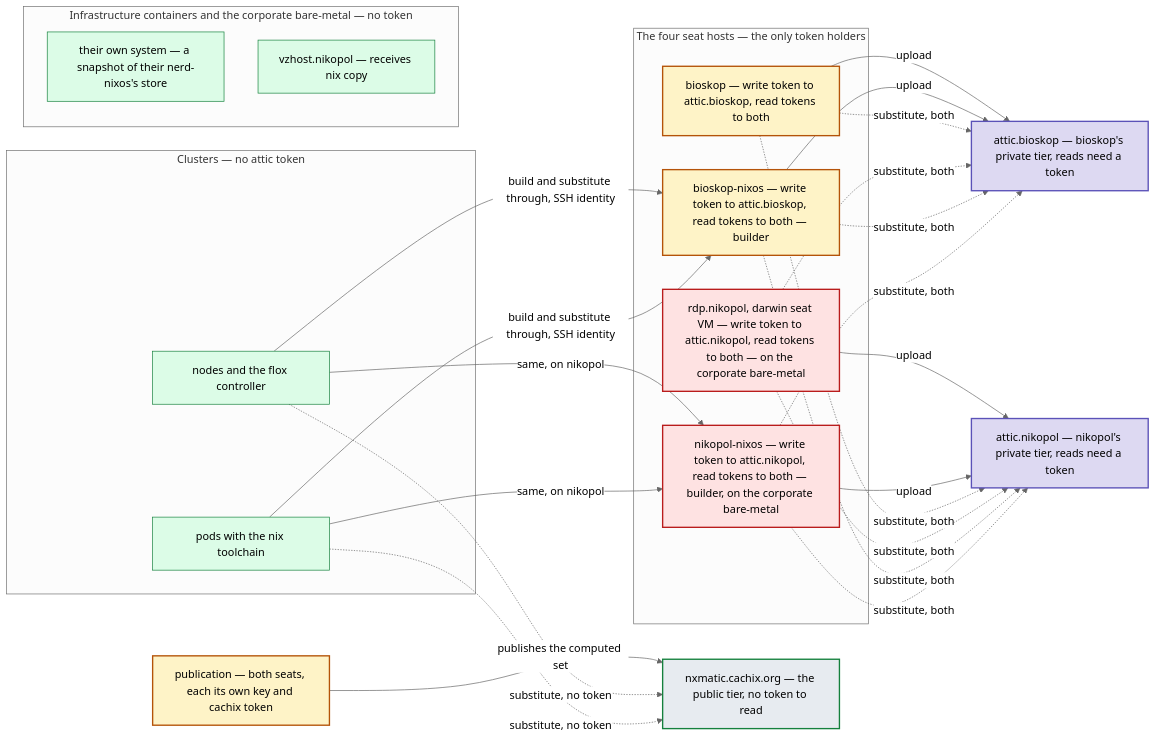
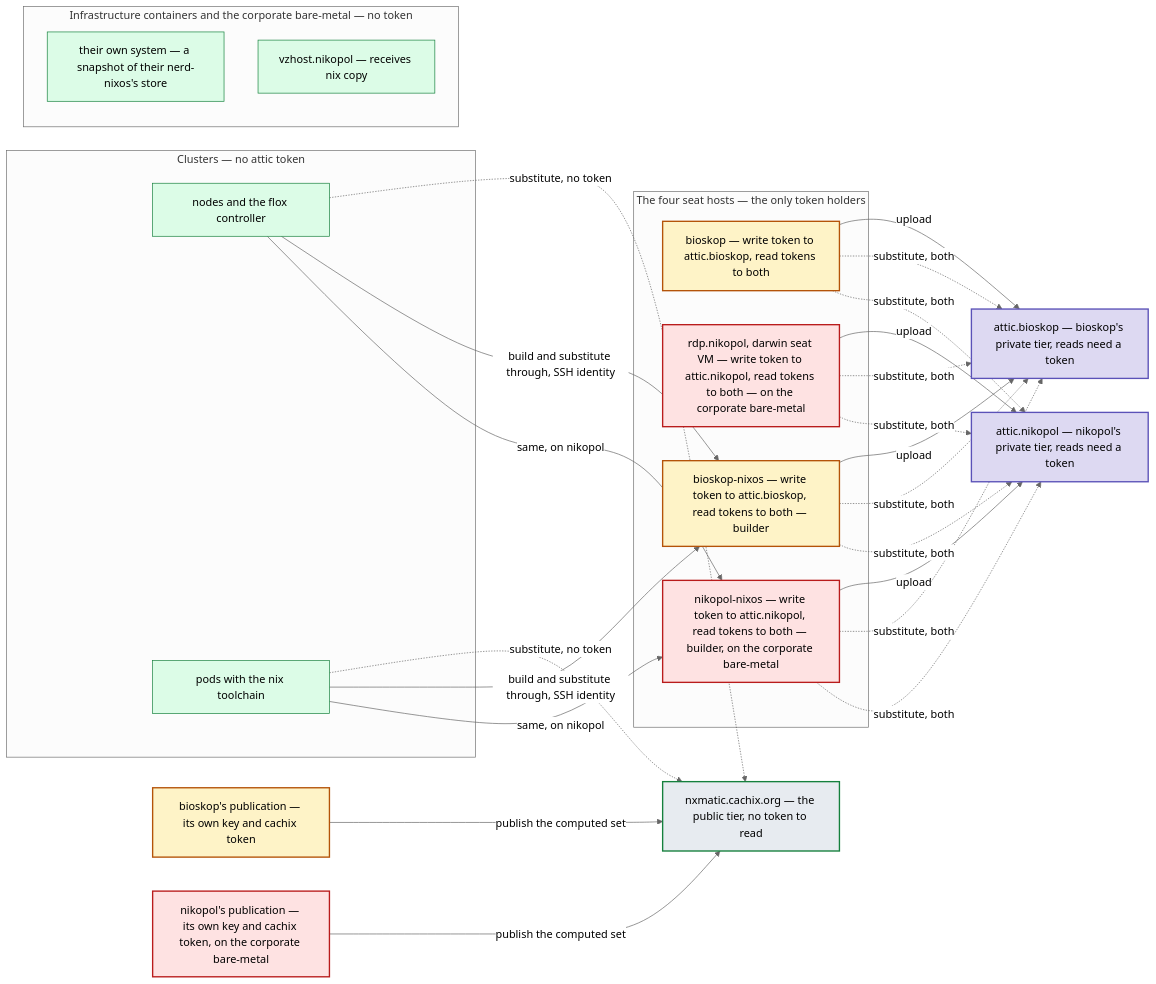
One commit to seedmatic/ndh changed diagram 13 of 14 in docs/private-binary-cache-spec.adoc. Above: the diagram before and after it, drawn with Mermaid (neutral theme). The commit also changed other lines of this file, not shown here.

First line of the commit message:
docs(cache): 🛡️'s P1-P5 — nikopol publishing reaches the clusters (accepted), the signing key stays in the container

```diff
--- a/docs/private-binary-cache-spec.adoc
+++ b/docs/private-binary-cache-spec.adoc
@@ -1843,36 +1854,37 @@
 [mermaid]
 ....
 flowchart LR
   subgraph HOSTS["The four seat hosts — the only token holders"]
     h1["bioskop — write token to attic.bioskop, read tokens to both"]:::writer
     h2["rdp.nikopol, darwin seat VM — write token to attic.nikopol, read tokens to both — on the corporate bare-metal"]:::corp
     h3["bioskop-nixos — write token to attic.bioskop, read tokens to both — builder"]:::writer
     h4["nikopol-nixos — write token to attic.nikopol, read tokens to both — builder, on the corporate bare-metal"]:::corp
   end
   subgraph CLUSTERS["Clusters — no attic token"]
     n1["nodes and the flox controller"]:::none
     p1["pods with the nix toolchain"]:::none
   end
   subgraph INFRA["Infrastructure containers and the corporate bare-metal — no token"]
     c1["their own system — a snapshot of their nerd-nixos's store"]:::none
     vz["vzhost.nikopol — receives nix copy"]:::none
   end
   attB["attic.bioskop — bioskop's private tier, reads need a token"]:::cache
   attN["attic.nikopol — nikopol's private tier, reads need a token"]:::cache
   cx["nxmatic.cachix.org — the public tier, no token to read"]:::pub
-  fj["publication — both seats, each its own key and cachix token"]:::writer
+  fj["bioskop's publication — its own key and cachix token"]:::writer
+  fjn["nikopol's publication — its own key and cachix token, on the corporate bare-metal"]:::corp
 
   h1 & h3 -->|"upload"| attB
   h2 & h4 -->|"upload"| attN
   h1 & h2 & h3 & h4 -.->|"substitute, both"| attB & attN
-  fj -->|"publishes the computed set"| cx
+  fj & fjn -->|"publish the computed set"| cx
   n1 & p1 -.->|"substitute, no token"| cx
   n1 & p1 -->|"build and substitute through, SSH identity"| h3
   n1 & p1 -->|"same, on nikopol"| h4
 
   classDef writer fill:#fef3c7,stroke:#b45309,stroke-width:2px;
   classDef corp fill:#fee2e2,stroke:#b91c1c,stroke-width:2px;
   classDef none fill:#dcfce7,stroke:#15803d;
   classDef cache fill:#ddd9f2,stroke:#5b52b8,stroke-width:2px;
   classDef pub fill:#e7ebf0,stroke:#15803d,stroke-width:2px;
 ....
```
